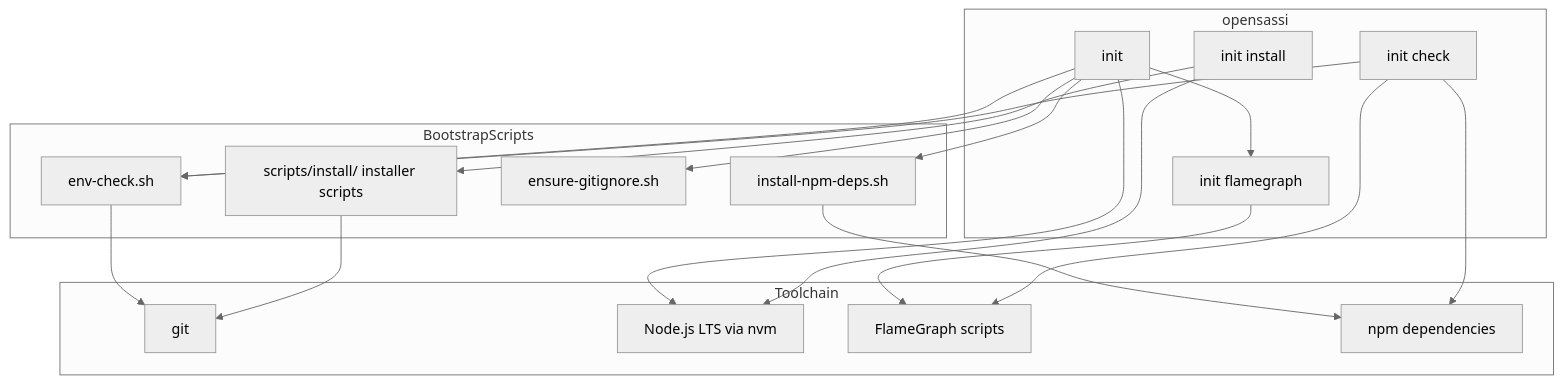
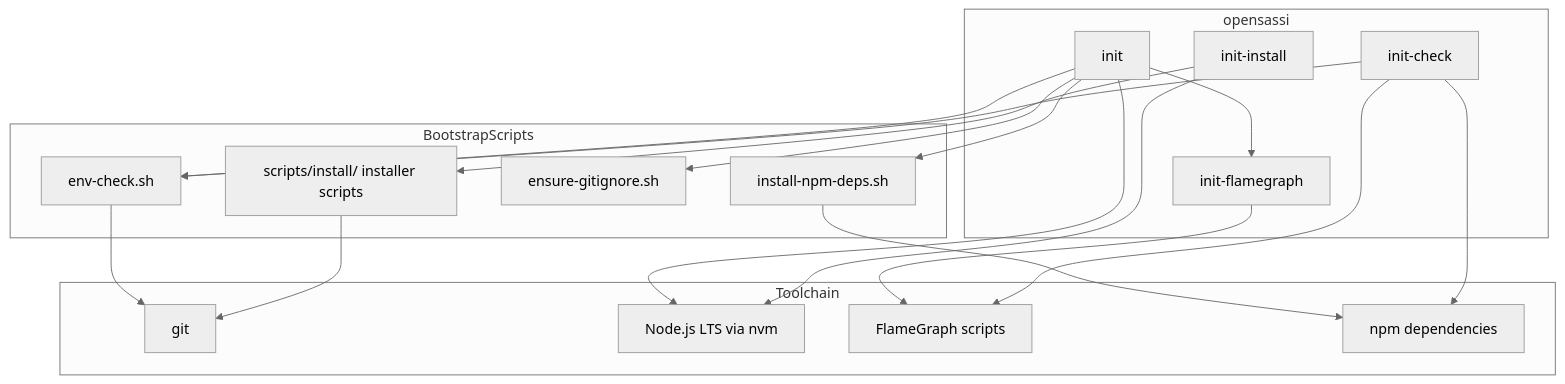
The first of 2 diagrams in .opencode/skills/opensassi/SKILL.spec.md (opensassi/opencode), drawn with Mermaid (neutral theme) before and after one commit. The commit also changed other lines of this file and 20 other files, not shown here.

````diff
--- a/.opencode/skills/opensassi/SKILL.spec.md
+++ b/.opencode/skills/opensassi/SKILL.spec.md
@@ -58,34 +58,34 @@
 ```mermaid
 graph TB
     subgraph opensassi
         A[init]
-        B[init install]
-        C[init flamegraph]
-        D[init check]
+        B[init-install]
+        C[init-flamegraph]
+        D[init-check]
     end
 
     subgraph BootstrapScripts
         E[env-check.sh]
         F[install-npm-deps.sh]
         G[ensure-gitignore.sh]
         H[scripts/install/ installer scripts]
     end
 
     subgraph Toolchain
         I[git]
         J[Node.js LTS via nvm]
         K[FlameGraph scripts]
         L[npm dependencies]
     end
 
     A --> E --> I
     A --> J
     A --> C --> K
     A --> F --> L
     A --> G
     B --> H --> I
     B --> J
     D --> E
     D --> K
     D --> L
 ```
````
